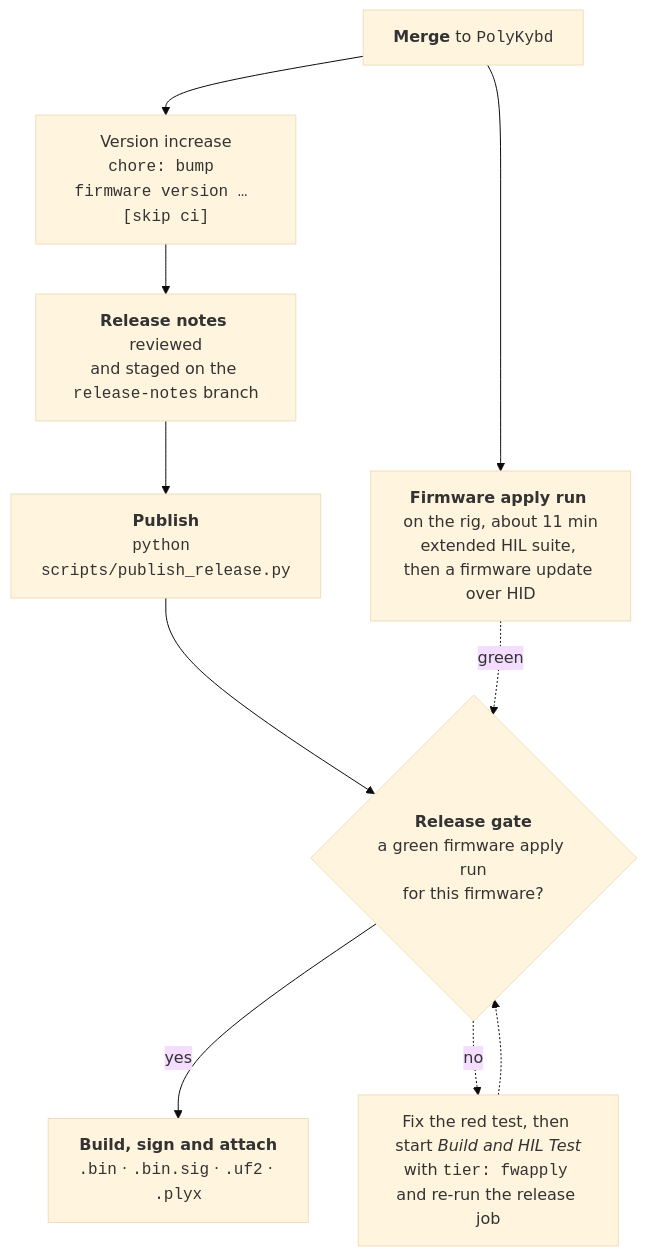
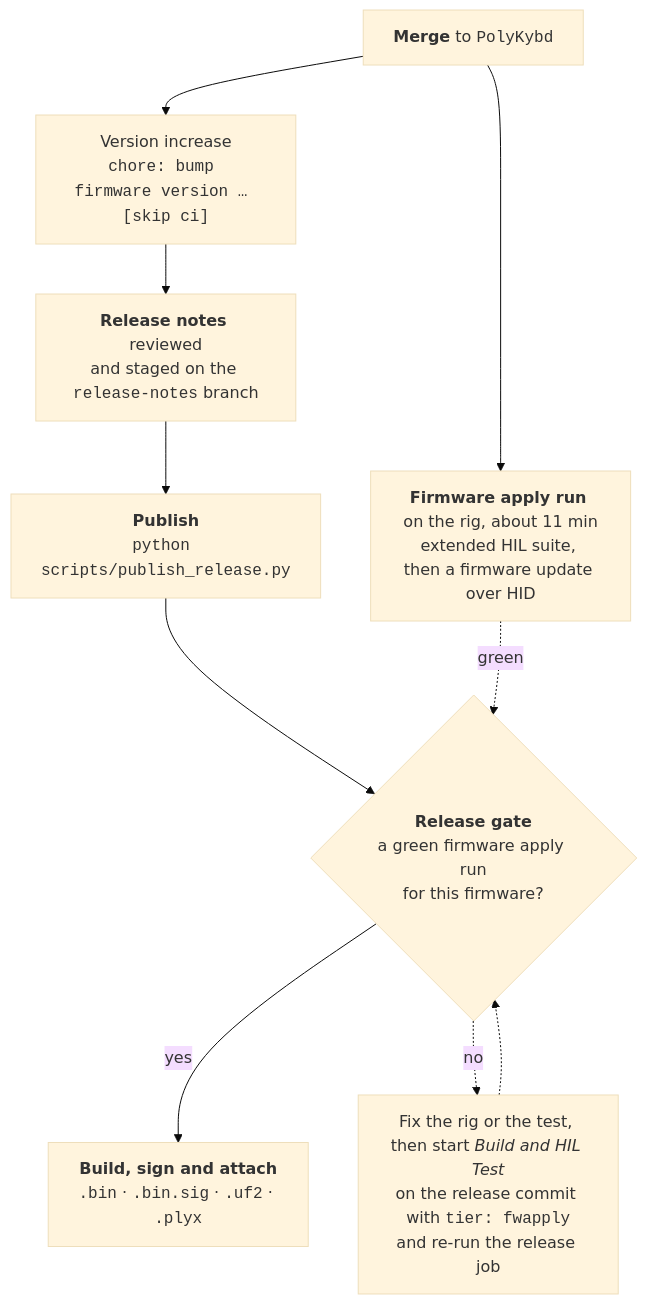
Before and after one commit to thpoll83/polykybd-docs: the second of 2 diagrams in src/content/docs/development/contributing.mdx, drawn with Mermaid (base theme). The commit also changed other lines of this file, not shown here.

First line of the commit message:
docs(contributing): a re-run attaches files only after a rig-side fix

````diff
--- a/src/content/docs/development/contributing.mdx
+++ b/src/content/docs/development/contributing.mdx
@@ -122,21 +122,21 @@
 ```mermaid
 flowchart TD
   MERGE["<b>Merge</b> to <code>PolyKybd</code>"]
   BUMP["Version increase<br/><code>chore: bump firmware version … [skip ci]</code>"]
   APPLY["<b>Firmware apply run</b> on the rig, about 11 min<br/>extended HIL suite, then a firmware update over HID"]
   NOTES["<b>Release notes</b> reviewed<br/>and staged on the <code>release-notes</code> branch"]
   PUB["<b>Publish</b><br/><code>python scripts/publish_release.py</code>"]
   GATE{"<b>Release gate</b><br/>a green firmware apply run<br/>for this firmware?"}
   BUILD["<b>Build, sign and attach</b><br/><code>.bin</code> · <code>.bin.sig</code> · <code>.uf2</code> · <code>.plyx</code>"]
-  REDO["Fix the red test, then start <i>Build and HIL Test</i><br/>with <code>tier: fwapply</code> and re-run the release job"]
+  REDO["Fix the rig or the test, then start <i>Build and HIL Test</i><br/>on the release commit with <code>tier: fwapply</code><br/>and re-run the release job"]
 
   MERGE --> BUMP
   MERGE --> APPLY
   BUMP --> NOTES
   NOTES --> PUB
   PUB --> GATE
   APPLY -.->|"green"| GATE
   GATE -->|"yes"| BUILD
   GATE -.->|"no"| REDO
   REDO -.-> GATE
 ```
````
